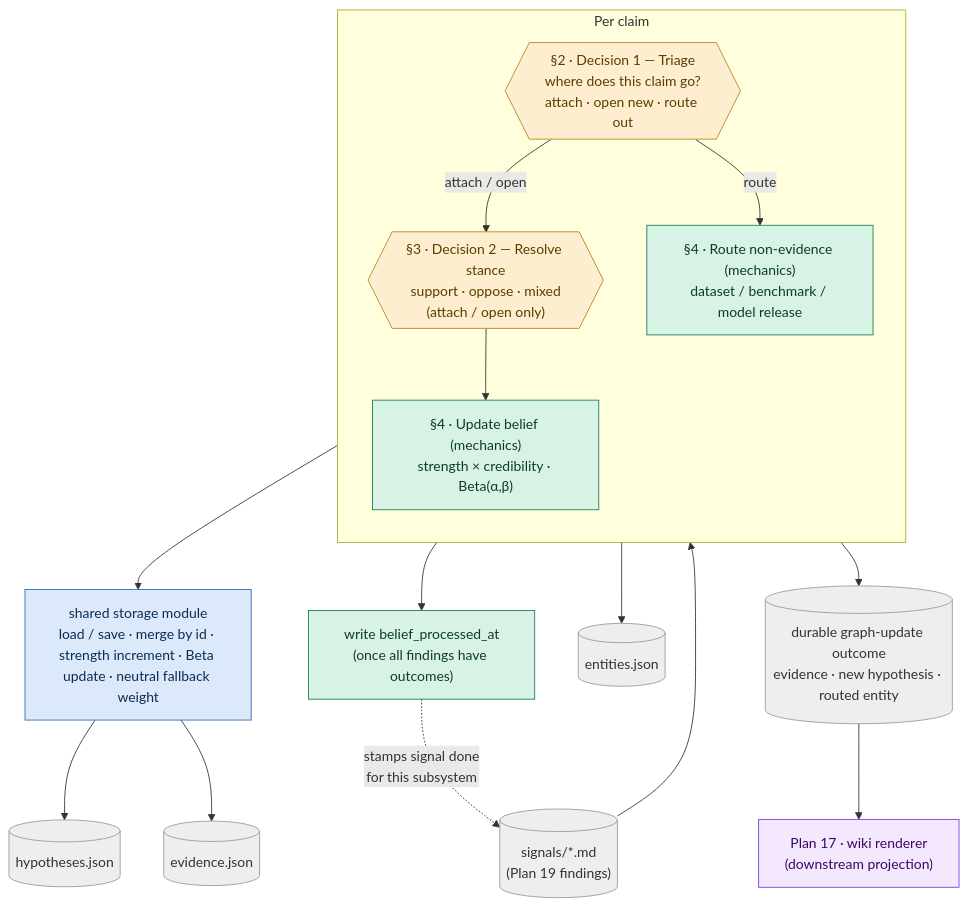
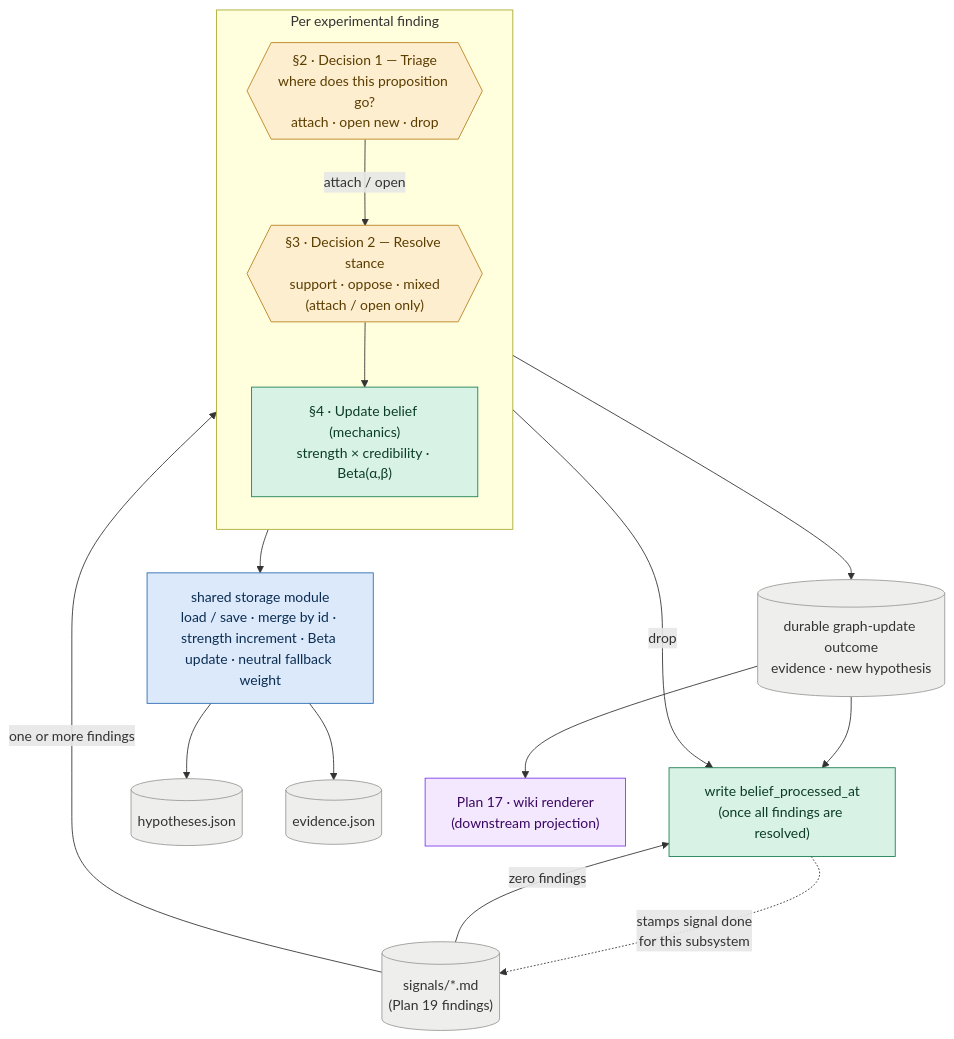
The diagram in docs/planning/doing/9_knowledge_update_loop.md (jmamath/distill), drawn with Mermaid before and after one commit. The commit also changed other lines of this file and 9 other files, not shown here.

Commit message:
Narrow findings to experimental evidence

````diff
--- a/docs/planning/doing/9_knowledge_update_loop.md
+++ b/docs/planning/doing/9_knowledge_update_loop.md
@@ -28,36 +26,35 @@
 ```mermaid
 flowchart TB
     sig[("signals/*.md<br/>(Plan 19 findings)")]:::data
 
-    subgraph perclaim["Per claim"]
+    subgraph perfinding["Per experimental finding"]
         direction TB
-        d1{{"§2 · Decision 1 — Triage<br/>where does this claim go?<br/>attach · open new · route out"}}:::llm
+        d1{{"§2 · Decision 1 — Triage<br/>where does this proposition go?<br/>attach · open new · drop"}}:::llm
         d2{{"§3 · Decision 2 — Resolve stance<br/>support · oppose · mixed<br/>(attach / open only)"}}:::llm
         belief["§4 · Update belief (mechanics)<br/>strength × credibility · Beta(α,β)"]:::det
-        route["§4 · Route non-evidence (mechanics)<br/>dataset / benchmark / model release"]:::det
     end
 
     store["shared storage module<br/>load / save · merge by id · strength increment · Beta update · neutral fallback weight"]:::store
-    done["write belief_processed_at<br/>(once all findings have outcomes)"]:::det
+    done["write belief_processed_at<br/>(once all findings are resolved)"]:::det
 
-    sig --> d1
+    sig -->|one or more findings| d1
+    sig -->|zero findings| done
     d1 -->|attach / open| d2
-    d1 -->|route| route
+    d1 -->|drop| done
     d2 --> belief
     belief --> store
     store --> hyp[("hypotheses.json")]:::data
     store --> ev[("evidence.json")]:::data
-    route --> ent[("entities.json")]:::data
-    perclaim --> done
     done -. "stamps signal done<br/>for this subsystem" .-> sig
 
-    outcome[("durable graph-update outcome<br/>evidence · new hypothesis · routed entity")]:::data
+    outcome[("durable graph-update outcome<br/>evidence · new hypothesis")]:::data
     renderer["Plan 17 · wiki renderer<br/>(downstream projection)"]:::ext
-    perclaim --> outcome --> renderer
+    belief --> outcome --> renderer
+    outcome --> done
 
     classDef llm fill:#fdeecf,stroke:#b9821f,color:#5c3d00;
     classDef det fill:#d9f2e6,stroke:#1a7f52,color:#0b3d26;
     classDef store fill:#dbe9fb,stroke:#2b6cb0,color:#0b2d52;
     classDef data fill:#eeeeec,stroke:#9a9a96,color:#333333;
     classDef ext fill:#f3e8fd,stroke:#7c3aed,color:#3b0764;
 ```
````
